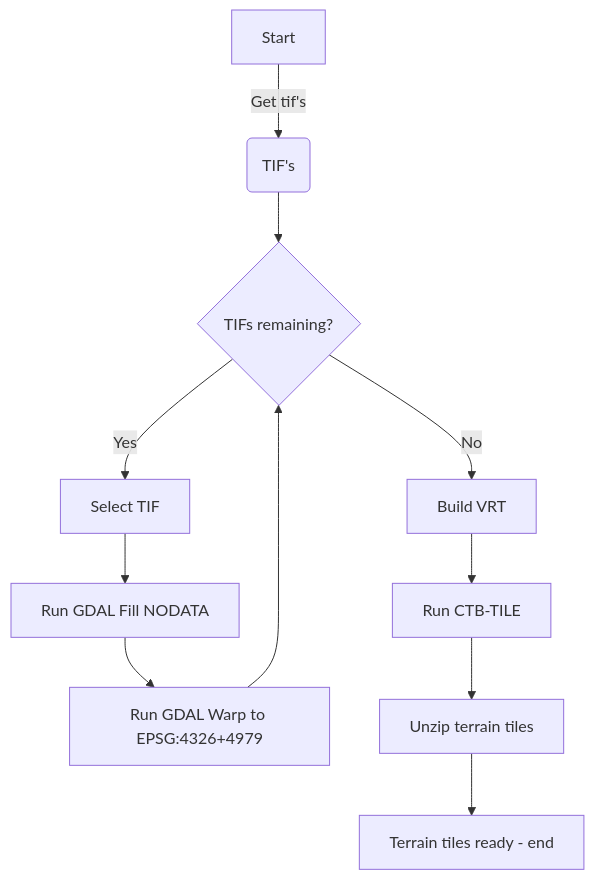
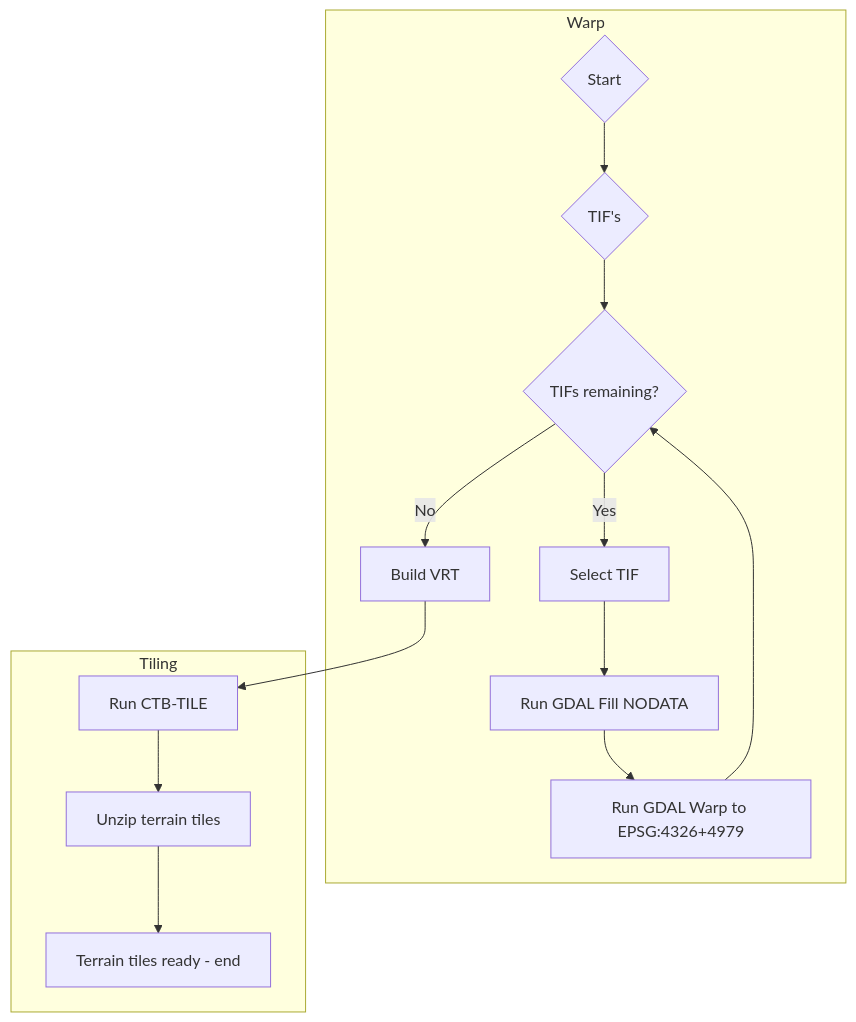
Before and after one commit to Geodan/terrain: the diagram in README.md, drawn with Mermaid.

Commit message:
update process

````diff
--- a/README.md
+++ b/README.md
@@ -178,14 +178,18 @@
 ```mermaid
 flowchart TD
 
-A[Start] -->|Get tif's| B(TIF's) 
-B --> C{TIFs remaining?}
-C -->|No| D[Build VRT]
-C -->|Yes| E[Select TIF]
-E --> F[Run GDAL Fill NODATA]
-F --> G[Run GDAL Warp to EPSG:4326+4979]
-G --> C
-D --> H[Run CTB-TILE]
-H --> I[Unzip terrain tiles]
-I --> J[Terrain tiles ready - end]
+subgraph Warp
+    A{Start} --> B{TIF's}
+    B --> C{TIFs remaining?}
+    C -->|No| D[Build VRT]
+    C -->|Yes| E[Select TIF]
+    E --> F[Run GDAL Fill NODATA]
+    F --> G[Run GDAL Warp to EPSG:4326+4979]
+    G --> C
+end
+subgraph Tiling
+    D --> H[Run CTB-TILE]
+    H --> I[Unzip terrain tiles]
+    I --> J[Terrain tiles ready - end]
+end
 ```
````
